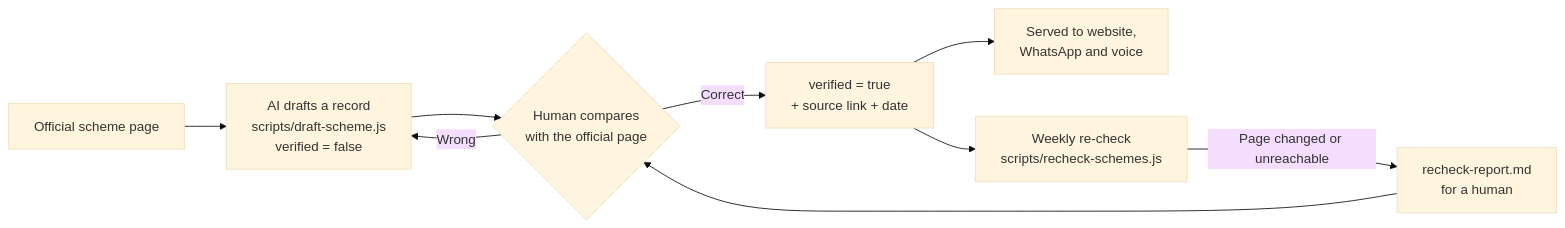
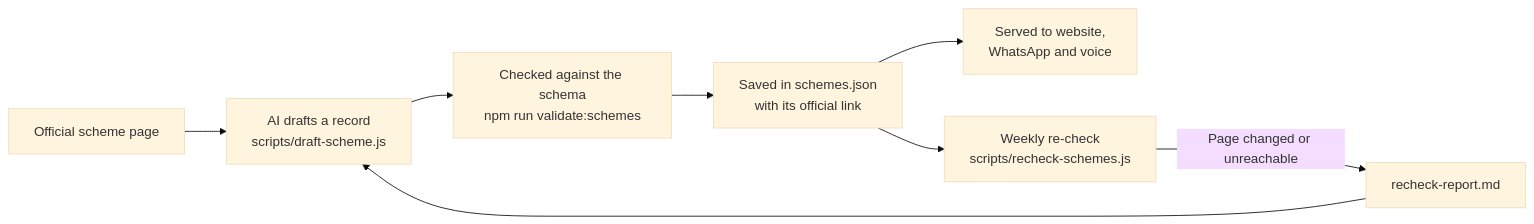
Before and after one commit to PawanBhandari03/BharatSahayak-V2: the sixth of 6 diagrams in docs/PROJECT_DOCUMENTATION.md, drawn with Mermaid (base theme). The commit also changed other lines of this file and 15 other files, not shown here.

````diff
--- a/docs/PROJECT_DOCUMENTATION.md
+++ b/docs/PROJECT_DOCUMENTATION.md
@@ -196,11 +196,10 @@
 ```mermaid
 flowchart LR
-    A["Official scheme page"] --> B["AI drafts a record<br/>scripts/draft-scheme.js<br/>verified = false"]
-    B --> C{"Human compares<br/>with the official page"}
-    C -->|"Correct"| D["verified = true<br/>+ source link + date"]
-    C -->|"Wrong"| B
+    A["Official scheme page"] --> B["AI drafts a record<br/>scripts/draft-scheme.js"]
+    B --> C["Checked against the schema<br/>npm run validate:schemes"]
+    C --> D["Saved in schemes.json<br/>with its official link"]
     D --> E["Served to website,<br/>WhatsApp and voice"]
     D --> F["Weekly re-check<br/>scripts/recheck-schemes.js"]
-    F -->|"Page changed or unreachable"| G["recheck-report.md<br/>for a human"]
-    G --> C
+    F -->|"Page changed or unreachable"| G["recheck-report.md"]
+    G --> B
 ```
````
